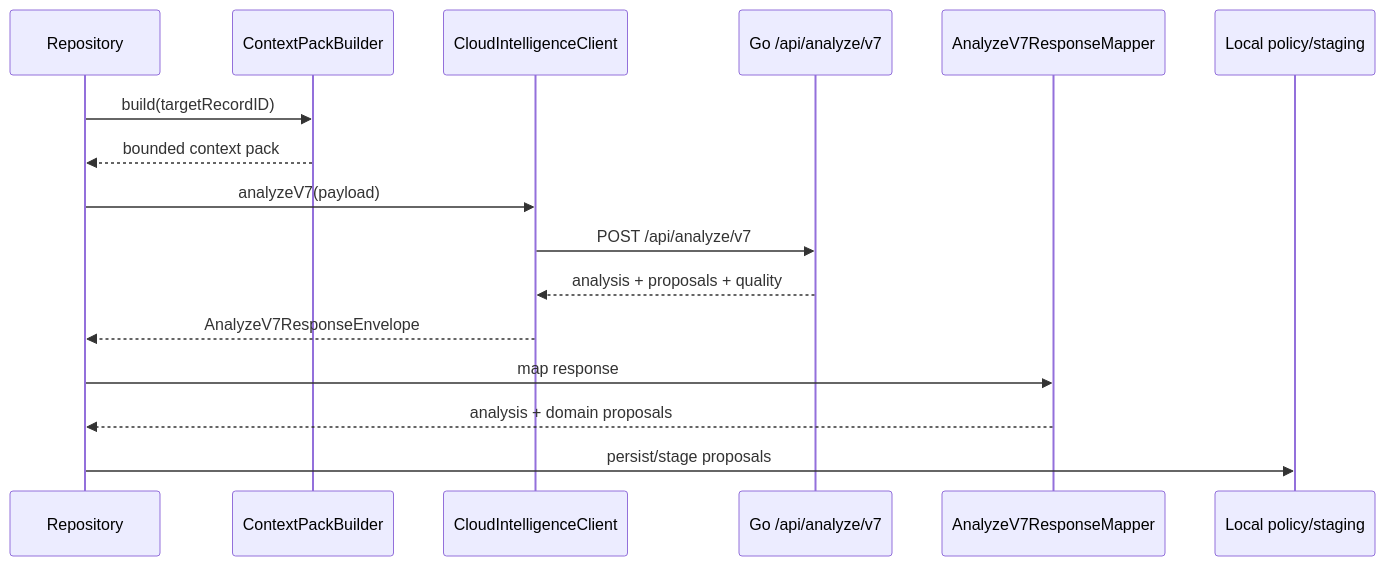
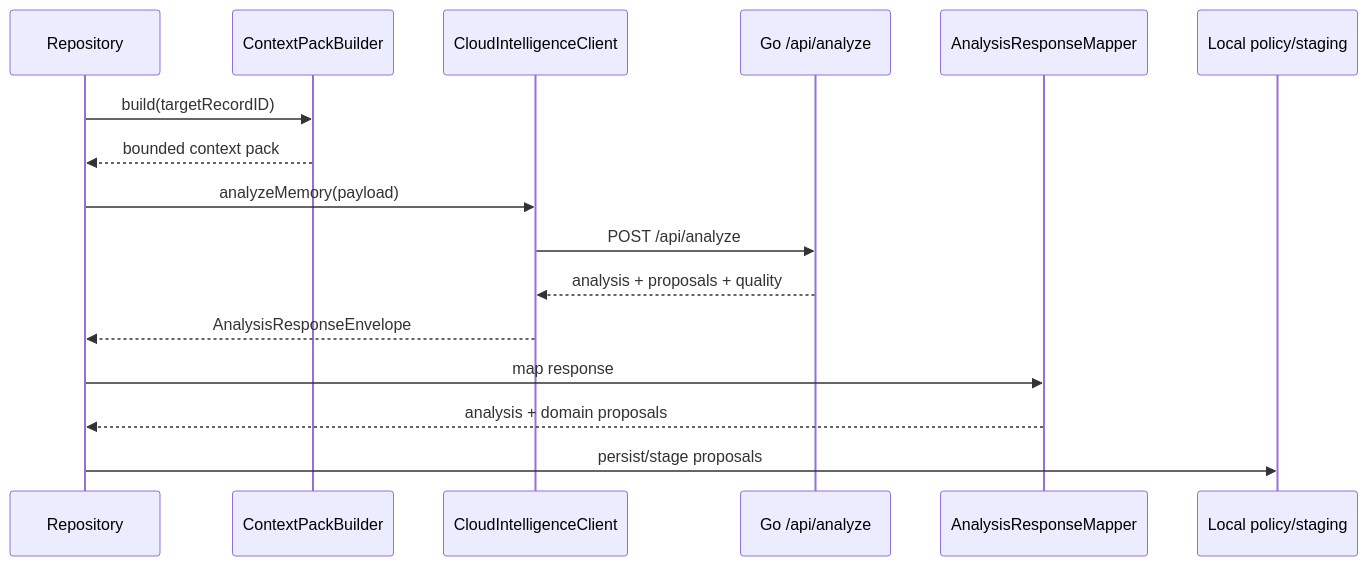
Before and after one commit to daaihang/sprout: the sixth of 8 diagrams in docs/mory_architecture_handbook_2026_05/01_system_overview_and_runtime_flows.md, drawn with Mermaid. The commit also changed other lines of this file and 61 other files, not shown here.

````diff
--- a/docs/mory_architecture_handbook_2026_05/01_system_overview_and_runtime_flows.md
+++ b/docs/mory_architecture_handbook_2026_05/01_system_overview_and_runtime_flows.md
@@ -189,19 +189,19 @@
 ```mermaid
 sequenceDiagram
     participant Repo as Repository
     participant Pack as ContextPackBuilder
     participant Cloud as CloudIntelligenceClient
-    participant Server as Go /api/analyze/v7
-    participant Mapper as AnalyzeV7ResponseMapper
+    participant Server as Go /api/analyze
+    participant Mapper as AnalysisResponseMapper
     participant Policy as Local policy/staging
 
     Repo->>Pack: build(targetRecordID)
     Pack-->>Repo: bounded context pack
-    Repo->>Cloud: analyzeV7(payload)
-    Cloud->>Server: POST /api/analyze/v7
+    Repo->>Cloud: analyzeMemory(payload)
+    Cloud->>Server: POST /api/analyze
     Server-->>Cloud: analysis + proposals + quality
-    Cloud-->>Repo: AnalyzeV7ResponseEnvelope
+    Cloud-->>Repo: AnalysisResponseEnvelope
     Repo->>Mapper: map response
     Mapper-->>Repo: analysis + domain proposals
     Repo->>Policy: persist/stage proposals
 ```
````
